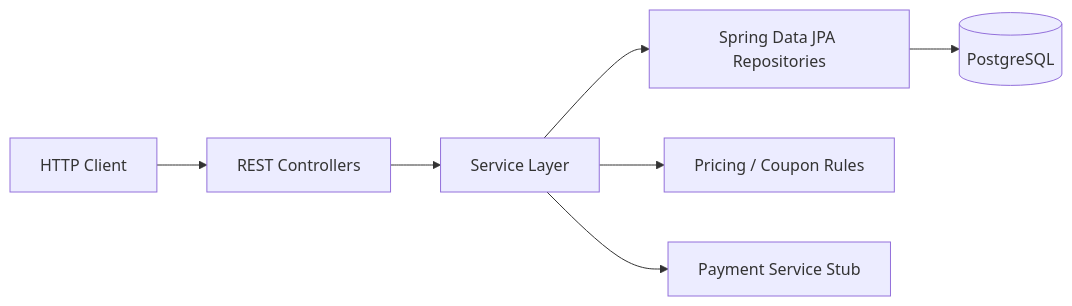
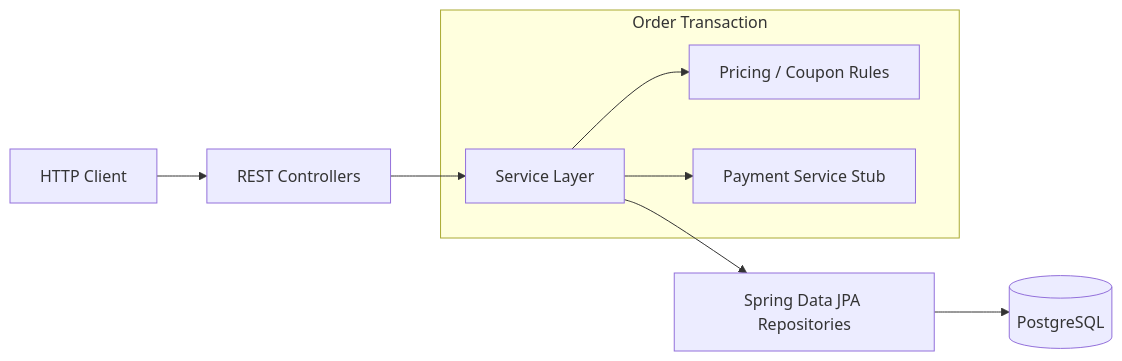
One commit to g1thurb/market4BackendIntern changed the first of 2 diagrams in README.md. Above: the diagram before and after it, drawn with Mermaid. The commit also changed other lines of this file, not shown here.

````diff
--- a/README.md
+++ b/README.md
@@ -34,9 +69,18 @@
 ```mermaid
 flowchart LR
-    Client[HTTP Client] --> Controller[REST Controllers]
+    Client[HTTP Client]
+
+    Client --> Controller[REST Controllers]
     Controller --> Service[Service Layer]
     Service --> Repository[Spring Data JPA Repositories]
     Repository --> DB[(PostgreSQL)]
+
     Service --> Pricing[Pricing / Coupon Rules]
     Service --> Payment[Payment Service Stub]
+
+    subgraph Order Transaction
+        Service
+        Pricing
+        Payment
+    end
 ```
````
